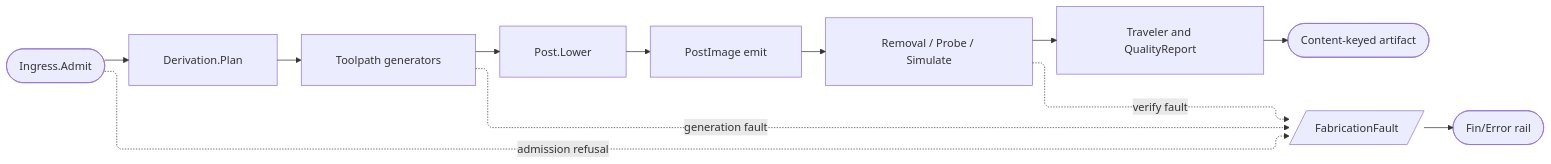
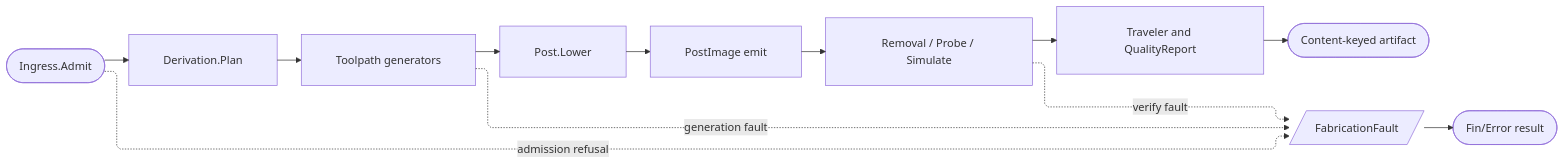
The fourth of 4 diagrams in libs/dotnet/Rasm.Fabrication/ARCHITECTURE.md (bsamiee/Rasm), drawn with Mermaid before and after one commit. The commit also changed other lines of this file and 1997 other files, not shown here.

First line of the commit message:
docs: rename rail to result and seam to boundary across the corpus

````diff
--- a/libs/dotnet/Rasm.Fabrication/ARCHITECTURE.md
+++ b/libs/dotnet/Rasm.Fabrication/ARCHITECTURE.md
@@ -278,23 +278,23 @@
 ```mermaid
 ---
 config:
   layout: elk
   flowchart:
     curve: linear
     padding: 25
 ---
 flowchart LR
     accTitle: Rasm.Fabrication make spine
     accDescr: How admitted geometry becomes a posted, verified, documented machine artifact while refusals converge on the fault band.
     Admit(["Ingress.Admit"]) e1@--> Plan["Derivation.Plan"]
     Plan e2@--> Cam["Toolpath generators"]
     Cam e3@--> Lower["Post.Lower"]
     Lower e4@--> Emit["PostImage emit"]
     Emit e5@--> Prove["Removal / Probe / Simulate"]
     Prove e6@--> Docs["Traveler and QualityReport"]
     Docs e7@--> Key(["Content-keyed artifact"])
     Admit f1@-.->|"admission refusal"| Fault[/FabricationFault/]
     Cam f2@-.->|"generation fault"| Fault
     Prove f3@-.->|"verify fault"| Fault
-    Fault f4@--> Rail(["Fin/Error rail"])
+    Fault f4@--> Result(["Fin/Error result"])
 ```
````
